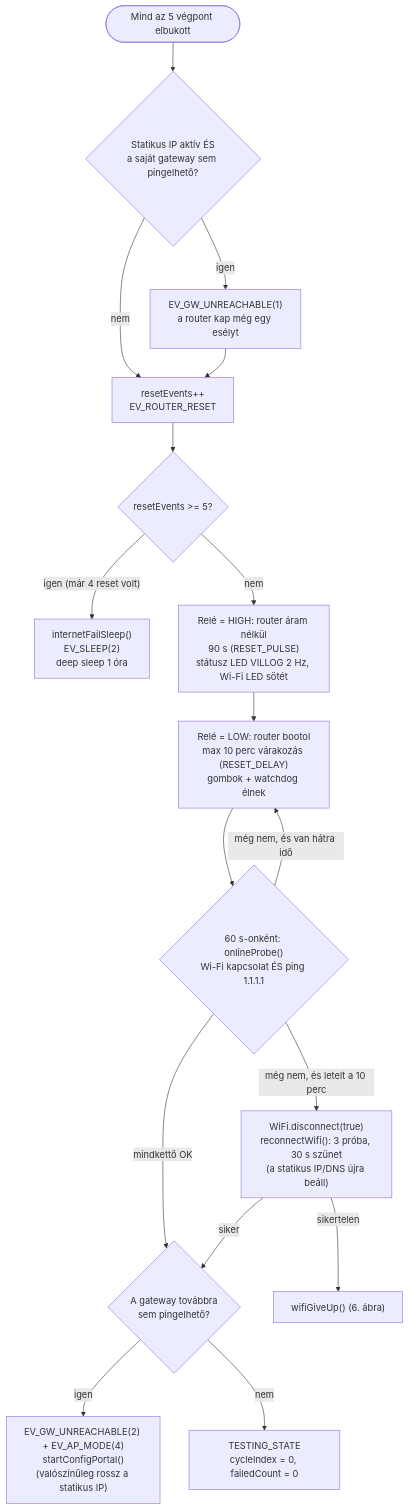
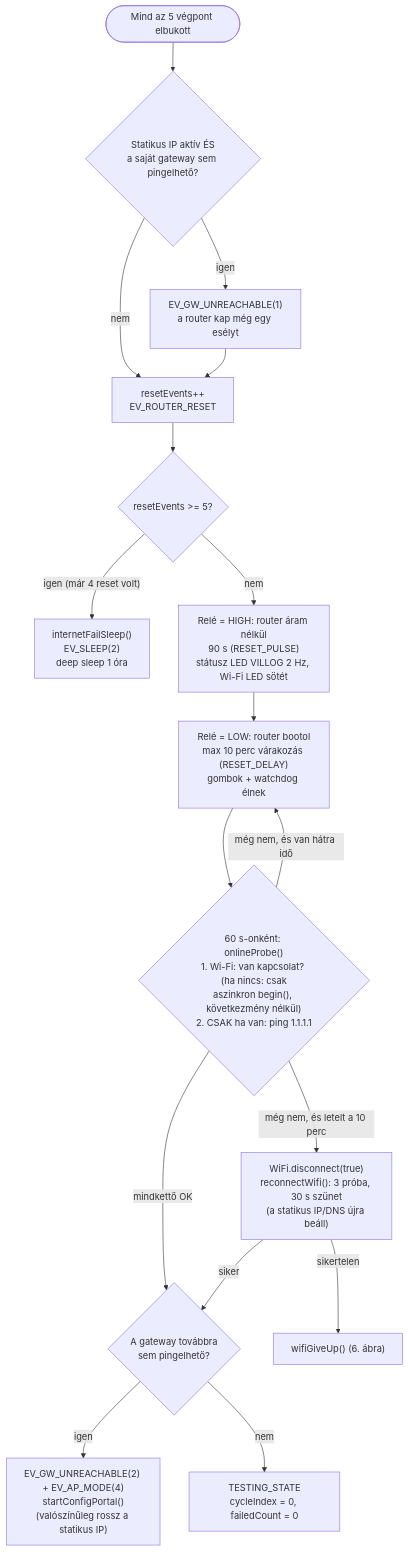
Before and after one commit to manszabi/bazsi-router-reboot: the fifth of 9 diagrams in FOLYAMATABRA.md, drawn with Mermaid. The commit also changed other lines of this file and 3 other files, not shown here.

````diff
--- a/FOLYAMATABRA.md
+++ b/FOLYAMATABRA.md
@@ -157,19 +157,19 @@
 ```mermaid
 flowchart TD
     IN([Mind az 5 végpont elbukott]) --> GW1{"Statikus IP aktív ÉS<br>a saját gateway sem pingelhető?"}
     GW1 -->|igen| GWL["EV_GW_UNREACHABLE(1)<br>a router kap még egy esélyt"]
     GW1 -->|nem| CNT
     GWL --> CNT["resetEvents++<br>EV_ROUTER_RESET"]
     CNT --> MX{"resetEvents >= 5?"}
     MX -->|"igen (már 4 reset volt)"| NFS["internetFailSleep()<br>EV_SLEEP(2)<br>deep sleep 1 óra"]
     MX -->|nem| P1["Relé = HIGH: router áram nélkül<br>90 s (RESET_PULSE)<br>státusz LED VILLOG 2 Hz, Wi-Fi LED sötét"]
     P1 --> P2["Relé = LOW: router bootol<br>max 10 perc várakozás (RESET_DELAY)<br>gombok + watchdog élnek"]
-    P2 --> PRB{"60 s-onként: onlineProbe()<br>Wi-Fi kapcsolat ÉS ping 1.1.1.1"}
+    P2 --> PRB{"60 s-onként: onlineProbe()<br>1. Wi-Fi: van kapcsolat? (ha nincs: csak<br>aszinkron begin(), következmény nélkül)<br>2. CSAK ha van: ping 1.1.1.1"}
     PRB -->|"mindkettő OK"| GW2
     PRB -->|"még nem, és letelt a 10 perc"| P3["WiFi.disconnect(true)<br>reconnectWifi(): 3 próba, 30 s szünet<br>(a statikus IP/DNS újra beáll)"]
     PRB -->|"még nem, és van hátra idő"| P2
     P3 -->|sikertelen| GU["wifiGiveUp() (6. ábra)"]
     P3 -->|siker| GW2{"A gateway továbbra<br>sem pingelhető?"}
     GW2 -->|igen| APX["EV_GW_UNREACHABLE(2) + EV_AP_MODE(4)<br>startConfigPortal()<br>(valószínűleg rossz a statikus IP)"]
     GW2 -->|nem| OK["TESTING_STATE<br>cycleIndex = 0, failedCount = 0"]
 ```
````
